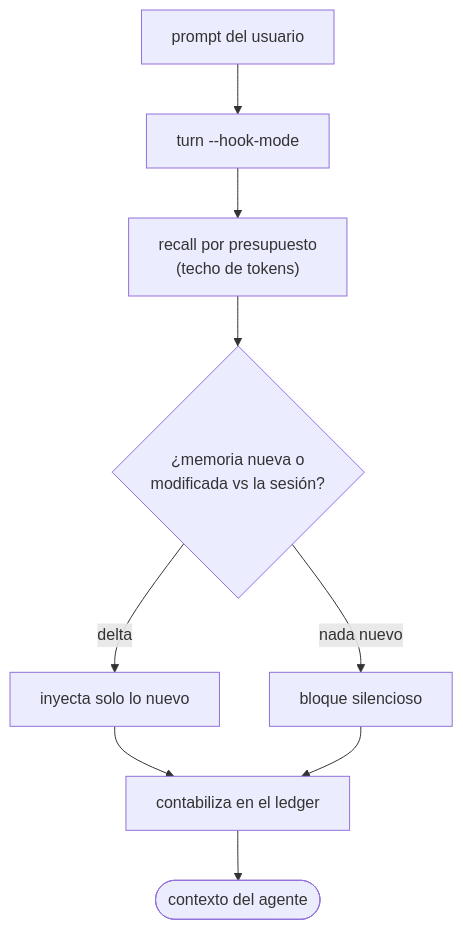
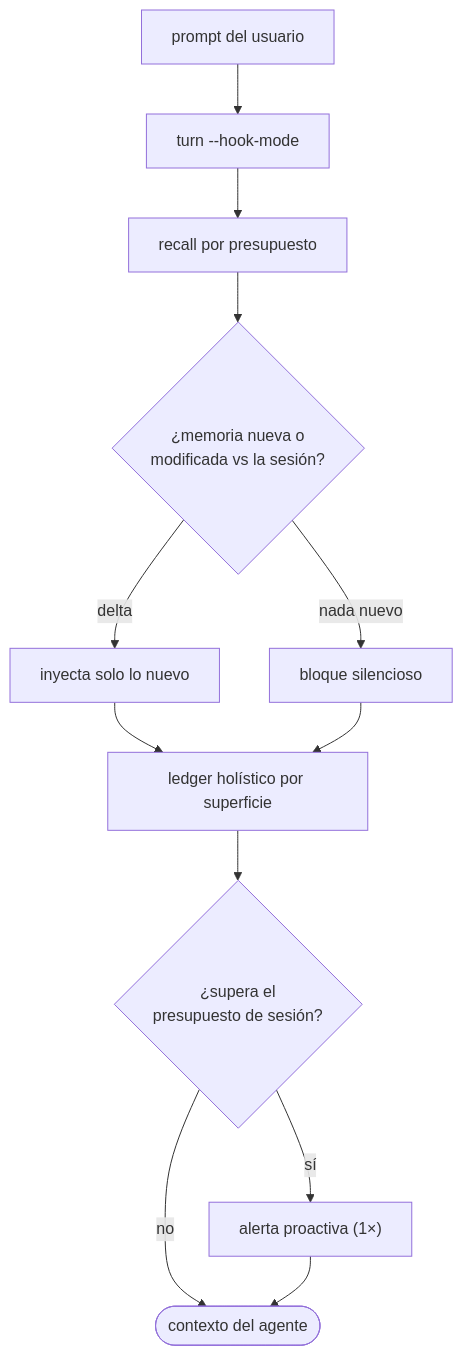
Before and after one commit to codeabraham16/musubi: the third of 3 diagrams in README.md, drawn with Mermaid. The commit also changed other lines of this file, not shown here.

````diff
--- a/README.md
+++ b/README.md
@@ -338,11 +242,14 @@
 ```mermaid
 flowchart TD
     P["prompt del usuario"] --> T["turn --hook-mode"]
-    T --> R["recall por presupuesto<br/>(techo de tokens)"]
+    T --> R["recall por presupuesto"]
     R --> D{"¿memoria nueva o<br/>modificada vs la sesión?"}
     D -- "delta" --> I["inyecta solo lo nuevo"]
     D -- "nada nuevo" --> S["bloque silencioso"]
-    I --> L["contabiliza en el ledger"]
+    I --> L["ledger holístico por superficie"]
     S --> L
-    L --> A(["contexto del agente"])
+    L --> G{"¿supera el<br/>presupuesto de sesión?"}
+    G -- "sí" --> A["alerta proactiva (1×)"]
+    G -- "no" --> C(["contexto del agente"])
+    A --> C
 ```
````
